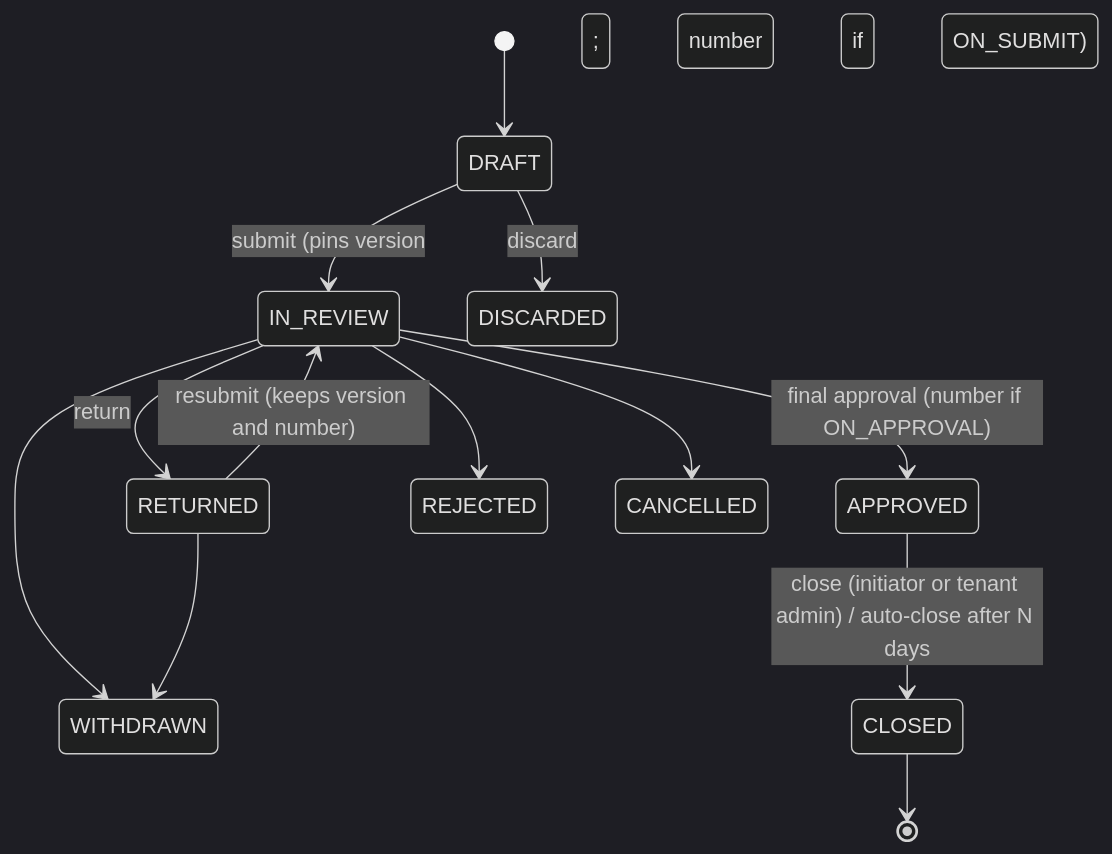
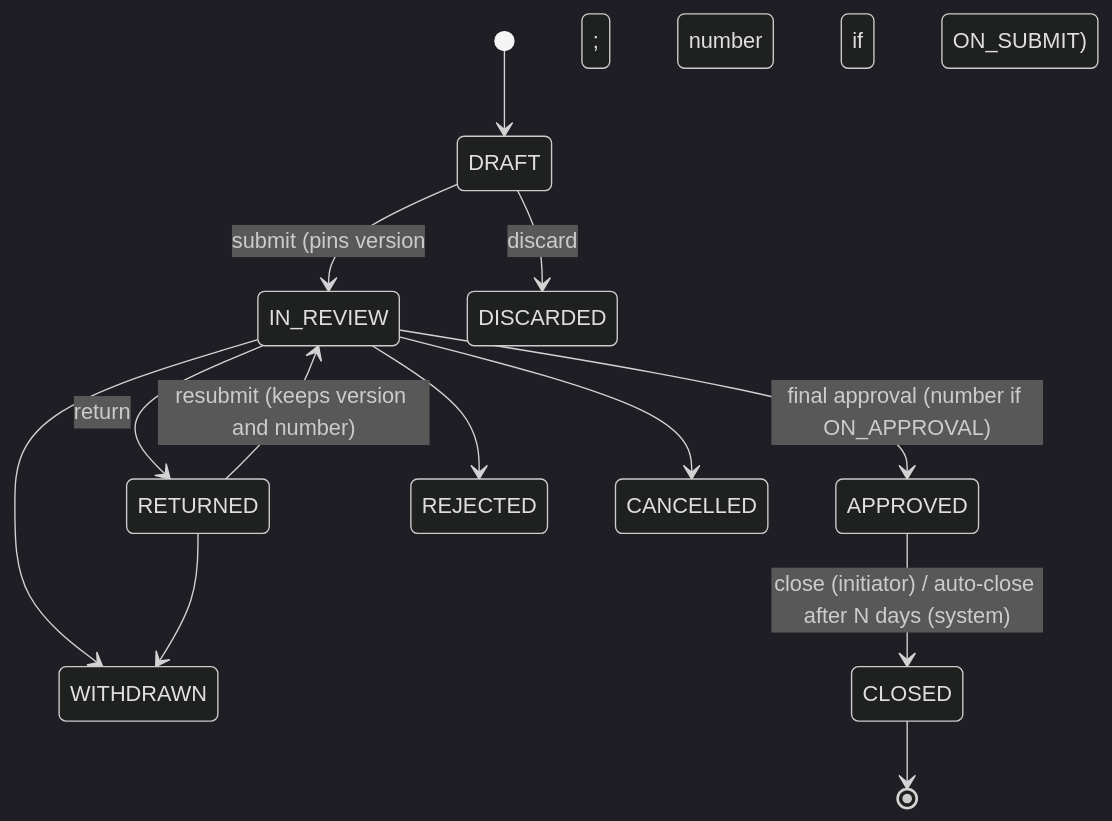
Before and after one commit to nazihar/memo-revamp: the second of 3 diagrams in docs/plan/phase-3-memo-efile/epic-01-types-metadata-numbering/design.md, drawn with Mermaid (dark theme). The commit also changed other lines of this file and 40 other files, not shown here.

First line of the commit message:
feat(memo): close approved memos, link memos, keep type policies (Phase 3 E01 T5)

````diff
--- a/docs/plan/phase-3-memo-efile/epic-01-types-metadata-numbering/design.md
+++ b/docs/plan/phase-3-memo-efile/epic-01-types-metadata-numbering/design.md
@@ -109,15 +109,15 @@
 ```mermaid
 stateDiagram-v2
   [*] --> DRAFT
   DRAFT --> IN_REVIEW: submit (pins version; number if ON_SUBMIT)
   DRAFT --> DISCARDED: discard
   IN_REVIEW --> RETURNED: return
   RETURNED --> IN_REVIEW: resubmit (keeps version and number)
   IN_REVIEW --> APPROVED: final approval (number if ON_APPROVAL)
   IN_REVIEW --> REJECTED
   IN_REVIEW --> WITHDRAWN
   RETURNED --> WITHDRAWN
   IN_REVIEW --> CANCELLED
-  APPROVED --> CLOSED: close (initiator or tenant admin) / auto-close after N days
+  APPROVED --> CLOSED: close (initiator) / auto-close after N days (system)
   CLOSED --> [*]
 ```
````
